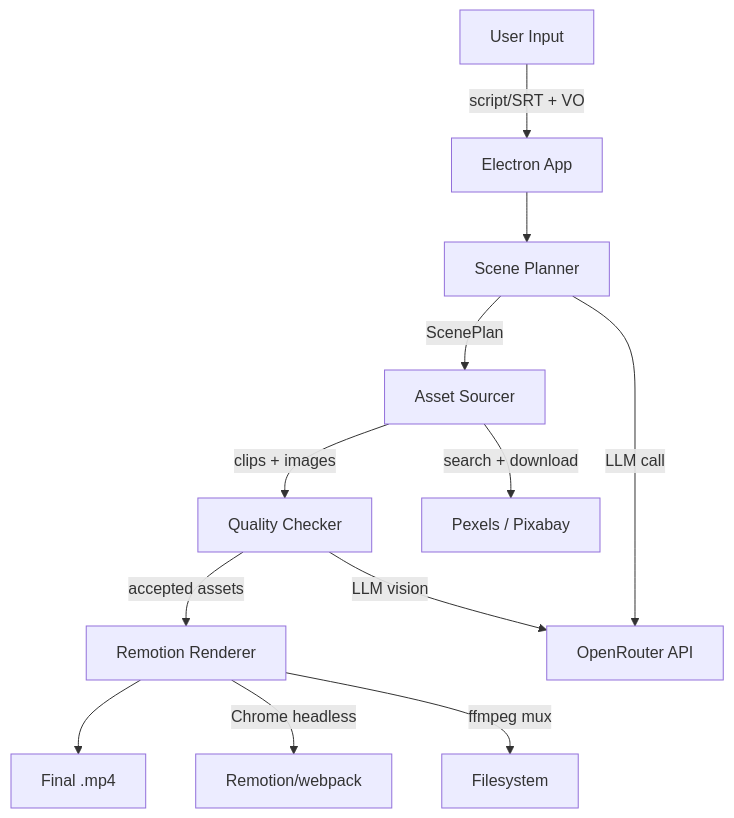
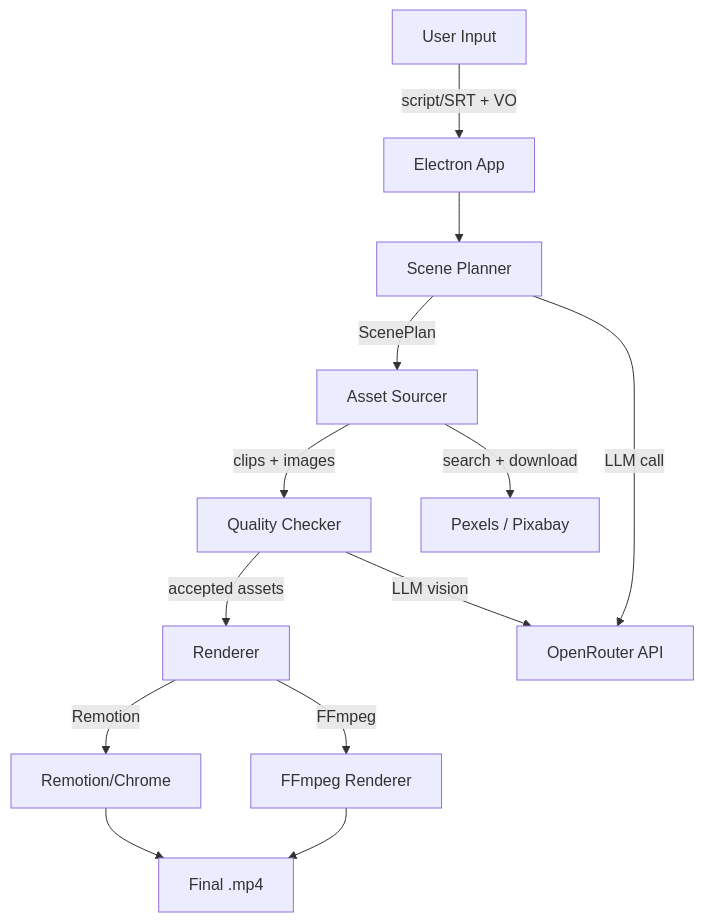
One commit to A-Raphie/Raphie-Editor changed the diagram in docs/README.md. Above: the diagram before and after it, drawn with Mermaid. The commit also changed other lines of this file and 11 other files, not shown here.

````diff
--- a/docs/README.md
+++ b/docs/README.md
@@ -13,15 +13,17 @@
 ```mermaid
 graph TD
     User[User Input] --> |script/SRT + VO| APP[Electron App]
     APP --> SP[Scene Planner]
     SP --> |ScenePlan| AS[Asset Sourcer]
     AS --> |clips + images| QC[Quality Checker]
-    QC --> |accepted assets| REN[Remotion Renderer]
-    REN --> MP4[Final .mp4]
+    QC --> |accepted assets| REN[Renderer]
+    
+    REN --> |Remotion| REM[Remotion/Chrome]
+    REN --> |FFmpeg| FFM[FFmpeg Renderer]
+    REM --> MP4[Final .mp4]
+    FFM --> MP4
     
     SP --> |LLM call| LLM[OpenRouter API]
     AS --> |search + download| API[Pexels / Pixabay]
     QC --> |LLM vision| LLM
-    REN --> |Chrome headless| REM[Remotion/webpack]
-    REN --> |ffmpeg mux| FS[Filesystem]
 ```
````
